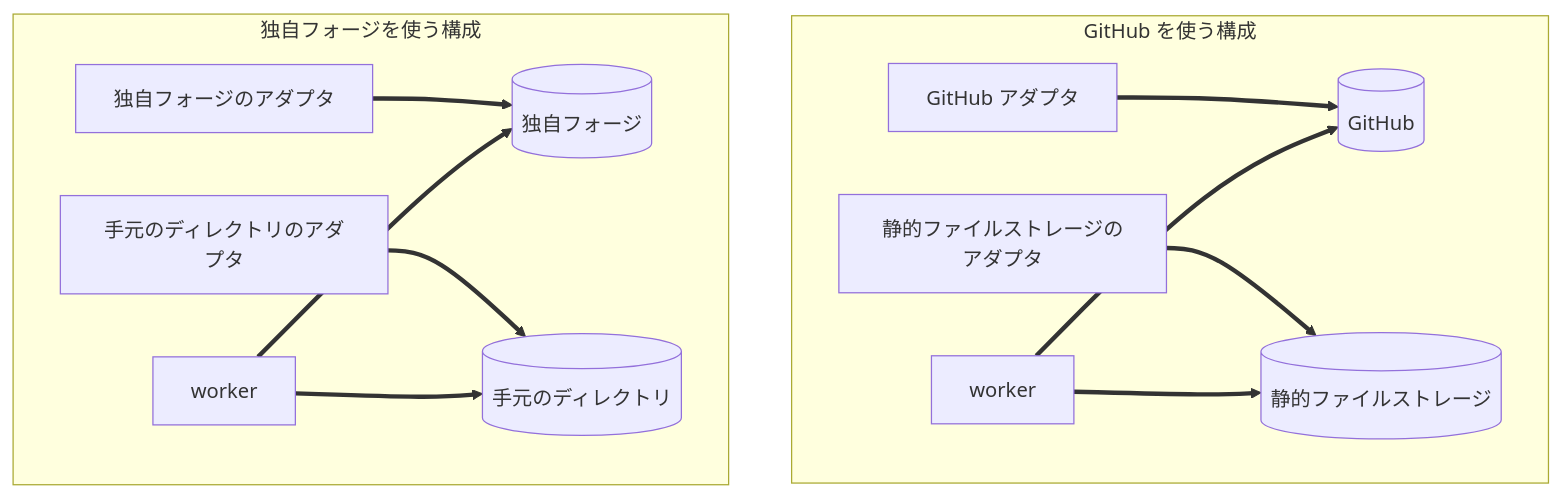
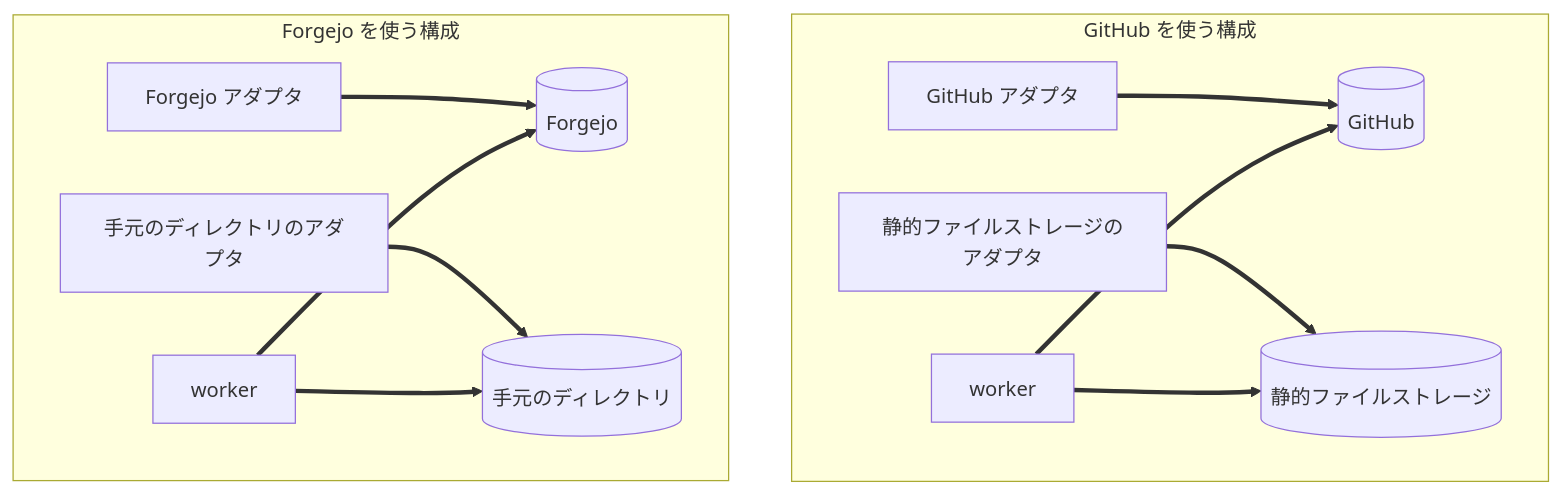
Before and after one commit to yamambainc/logiforge: the diagram in design/adapters/README.md, drawn with Mermaid. The commit also changed other lines of this file and 20 other files, not shown here.

````diff
--- a/design/adapters/README.md
+++ b/design/adapters/README.md
@@ -18,15 +18,15 @@
 ```mermaid
 flowchart TB
   subgraph G["GitHub を使う構成"]
     G2["GitHub アダプタ"] ==> GH[("GitHub")]
     G3["静的ファイルストレージのアダプタ"] ==> OBJ[("静的ファイルストレージ")]
     GW["worker"] ==> GH
     GW ==> OBJ
   end
-  subgraph N["独自フォージを使う構成"]
-    N2["独自フォージのアダプタ"] ==> NF[("独自フォージ")]
+  subgraph N["Forgejo を使う構成"]
+    N2["Forgejo アダプタ"] ==> NF[("Forgejo")]
     N3["手元のディレクトリのアダプタ"] ==> DIR[("手元のディレクトリ")]
     NW["worker"] ==> NF
     NW ==> DIR
   end
 ```
````
